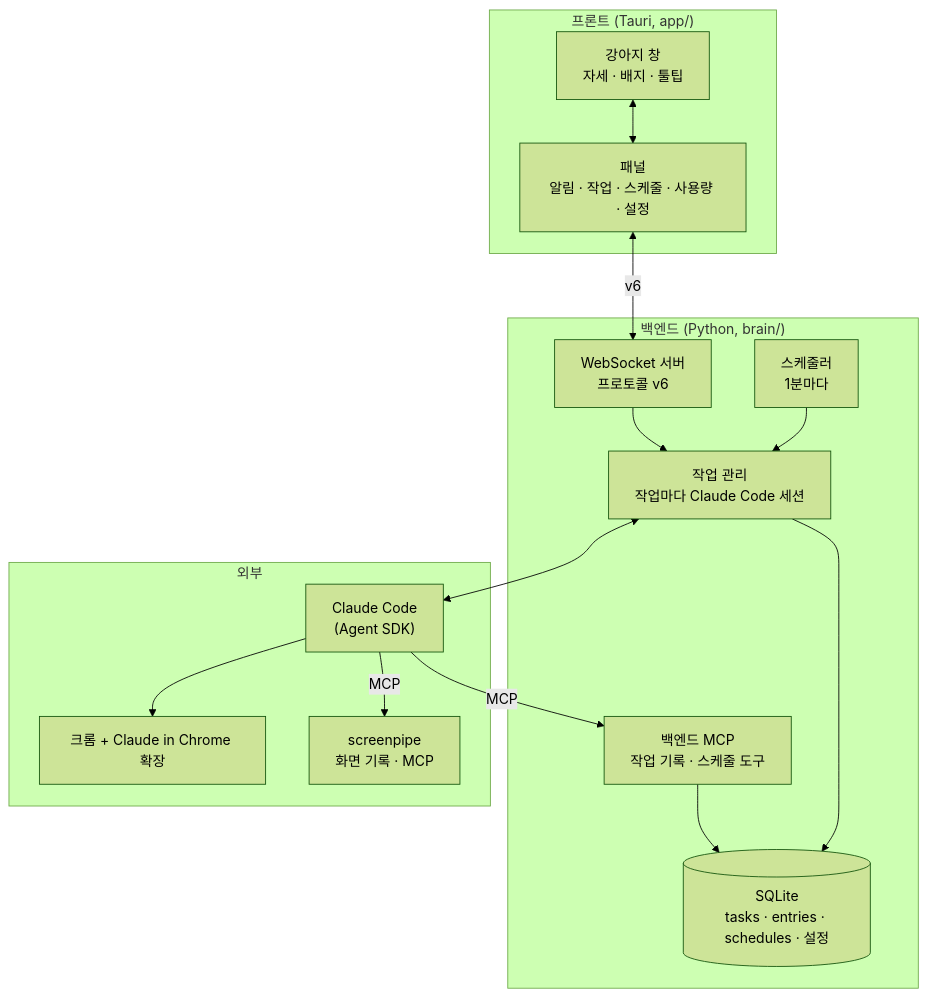
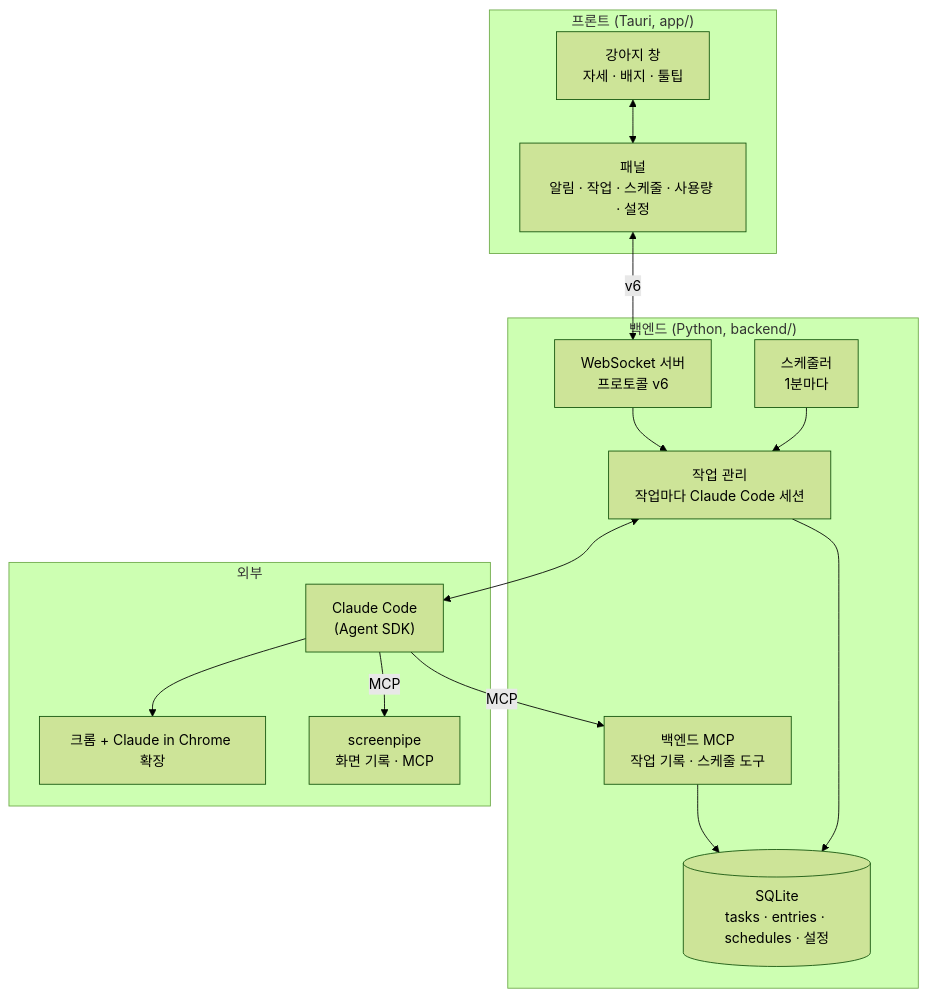
One commit to HEOSEONGILml/AssistantChatBot changed the diagram in docs/superpowers/specs/2026-10-21-assistant-phase1-design.md. Above: the diagram before and after it, drawn with Mermaid (forest theme). The commit also changed other lines of this file and 30 other files, not shown here.

````diff
--- a/docs/superpowers/specs/2026-10-21-assistant-phase1-design.md
+++ b/docs/superpowers/specs/2026-10-21-assistant-phase1-design.md
@@ -32,29 +32,29 @@
 ```mermaid
 flowchart TB
   subgraph FE["프론트 (Tauri, app/)"]
     DOG["강아지 창<br>자세 · 배지 · 툴팁"]
     PANEL["패널<br>알림 · 작업 · 스케줄 · 사용량 · 설정"]
   end
-  subgraph BE["백엔드 (Python, brain/)"]
+  subgraph BE["백엔드 (Python, backend/)"]
     WS["WebSocket 서버<br>프로토콜 v6"]
     TM["작업 관리<br>작업마다 Claude Code 세션"]
     SCH["스케줄러<br>1분마다"]
     MCP["백엔드 MCP<br>작업 기록 · 스케줄 도구"]
     DB[("SQLite<br>tasks · entries · schedules · 설정")]
   end
   subgraph EXT["외부"]
     CC["Claude Code<br>(Agent SDK)"]
     CHROME["크롬 + Claude in Chrome 확장"]
     SP["screenpipe<br>화면 기록 · MCP"]
   end
   DOG <--> PANEL
   PANEL <-->|"v6"| WS
   WS --> TM
   SCH --> TM
   TM <--> CC
   CC -->|"MCP"| MCP
   CC -->|"MCP"| SP
   CC --> CHROME
   MCP --> DB
   TM --> DB
 ```
````
